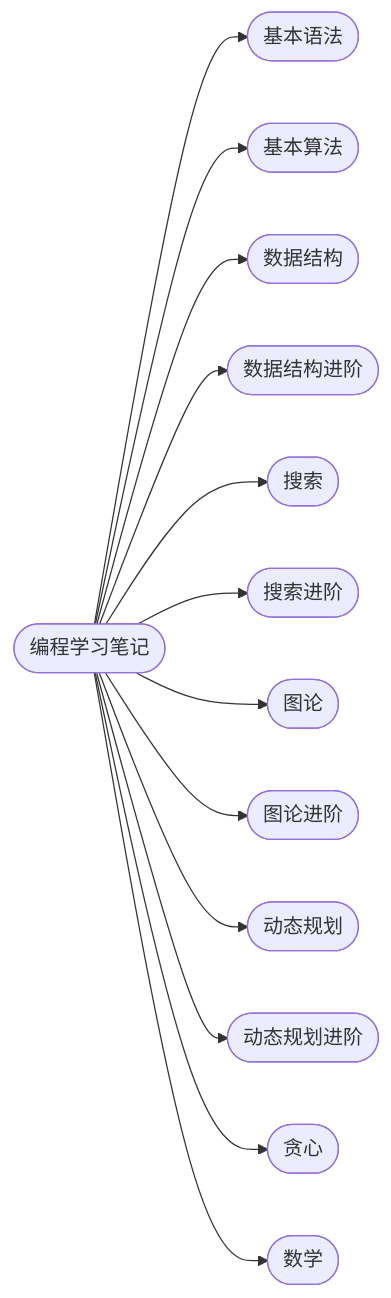
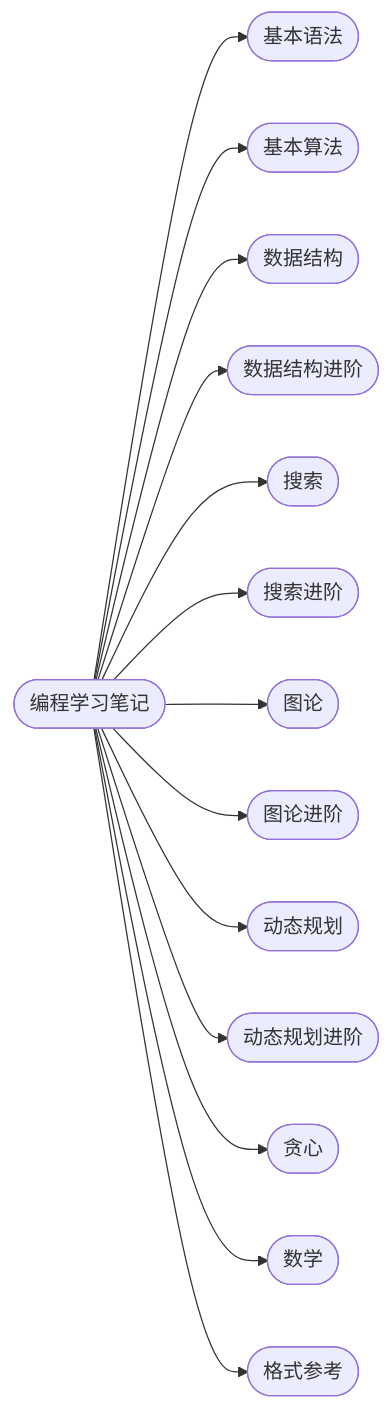
The diagram in index.md (cuberxl/Coders-Note), drawn with Mermaid before and after one commit. The commit also changed other lines of this file and 8 other files, not shown here.

````diff
--- a/index.md
+++ b/index.md
@@ -17,16 +37,17 @@
 ```mermaid
 flowchart LR
     R(["编程学习笔记"])
-    R --> A1(["基本语法"])
-    R --> A2(["基本算法"])
-    R --> A3(["数据结构"])
-    R --> A4(["数据结构进阶"])
-    R --> A5(["搜索"])
-    R --> A5b(["搜索进阶"])
-    R --> A6(["图论"])
-    R --> A7(["图论进阶"])
-    R --> A8(["动态规划"])
-    R --> A9(["动态规划进阶"])
-    R --> A10(["贪心"])
-    R --> A11(["数学"])
+    R --> N1(["基本语法"])
+    R --> N2(["基本算法"])
+    R --> N3(["数据结构"])
+    R --> N4(["数据结构进阶"])
+    R --> N5(["搜索"])
+    R --> N6(["搜索进阶"])
+    R --> N7(["图论"])
+    R --> N8(["图论进阶"])
+    R --> N9(["动态规划"])
+    R --> N10(["动态规划进阶"])
+    R --> N11(["贪心"])
+    R --> N12(["数学"])
+    R --> N13(["格式参考"])
 ```
````
